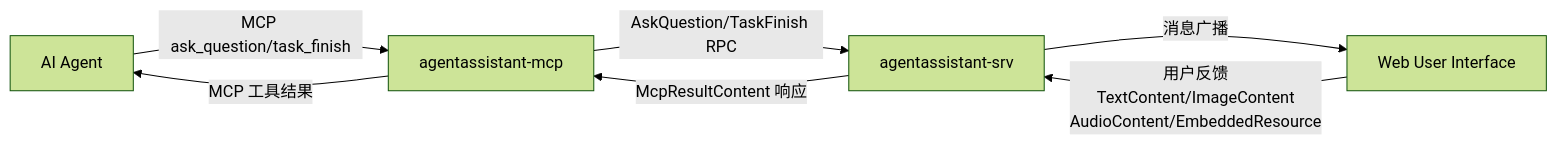
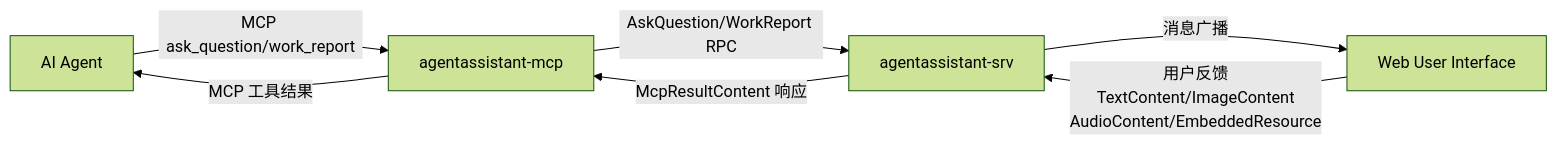
Before and after one commit to yangjuncode/agentassistant: the diagram in requirements.md, drawn with Mermaid (forest theme). The commit also changed other lines of this file and 38 other files, not shown here.

Commit message:
task_finish -> work_report for no finish hint of llm

````diff
--- a/requirements.md
+++ b/requirements.md
@@ -63,9 +63,9 @@
 ```mermaid
 flowchart LR
-    A[AI Agent] -->|MCP ask_question/task_finish| B[agentassistant-mcp]
-    B -->|AskQuestion/TaskFinish RPC| C[agentassistant-srv]
+    A[AI Agent] -->|MCP ask_question/work_report| B[agentassistant-mcp]
+    B -->|AskQuestion/WorkReport RPC| C[agentassistant-srv]
     C -->|消息广播| D[Web User Interface]
     D -->|用户反馈<br/>TextContent/ImageContent<br/>AudioContent/EmbeddedResource| C
     C -->|McpResultContent 响应| B
     B -->|MCP 工具结果| A
 ```
````
